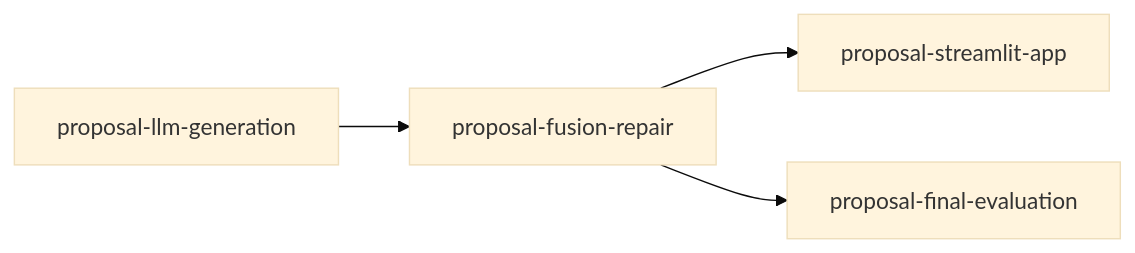
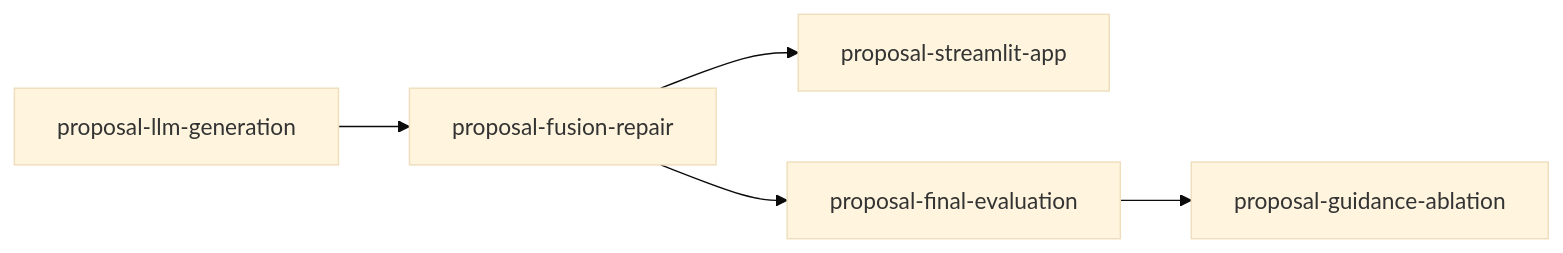
Before and after one commit to joe-dartmouth/synthetic: the diagram in tasks/proposal-index.md, drawn with Mermaid (base theme). The commit also changed other lines of this file and 3 other files, not shown here.

Commit message:
Plan the guidance ablation and mark fusion-repair paid

````diff
--- a/tasks/proposal-index.md
+++ b/tasks/proposal-index.md
@@ -17,6 +19,7 @@
 ```mermaid
 flowchart LR
     llm_generation[proposal-llm-generation] --> fusion_repair[proposal-fusion-repair]
     fusion_repair[proposal-fusion-repair] --> streamlit_app[proposal-streamlit-app]
     fusion_repair[proposal-fusion-repair] --> final_evaluation[proposal-final-evaluation]
+    final_evaluation[proposal-final-evaluation] --> guidance_ablation[proposal-guidance-ablation]
 ```
````
